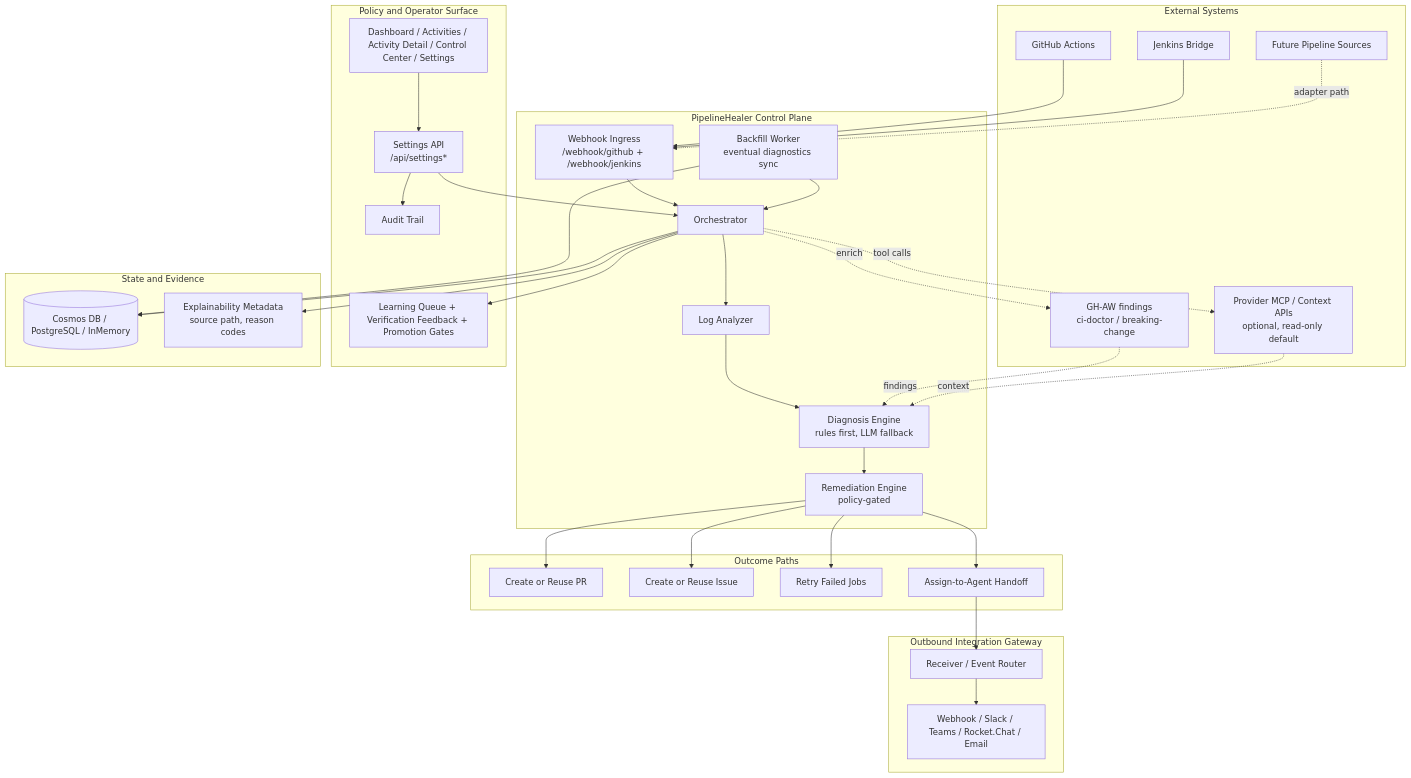
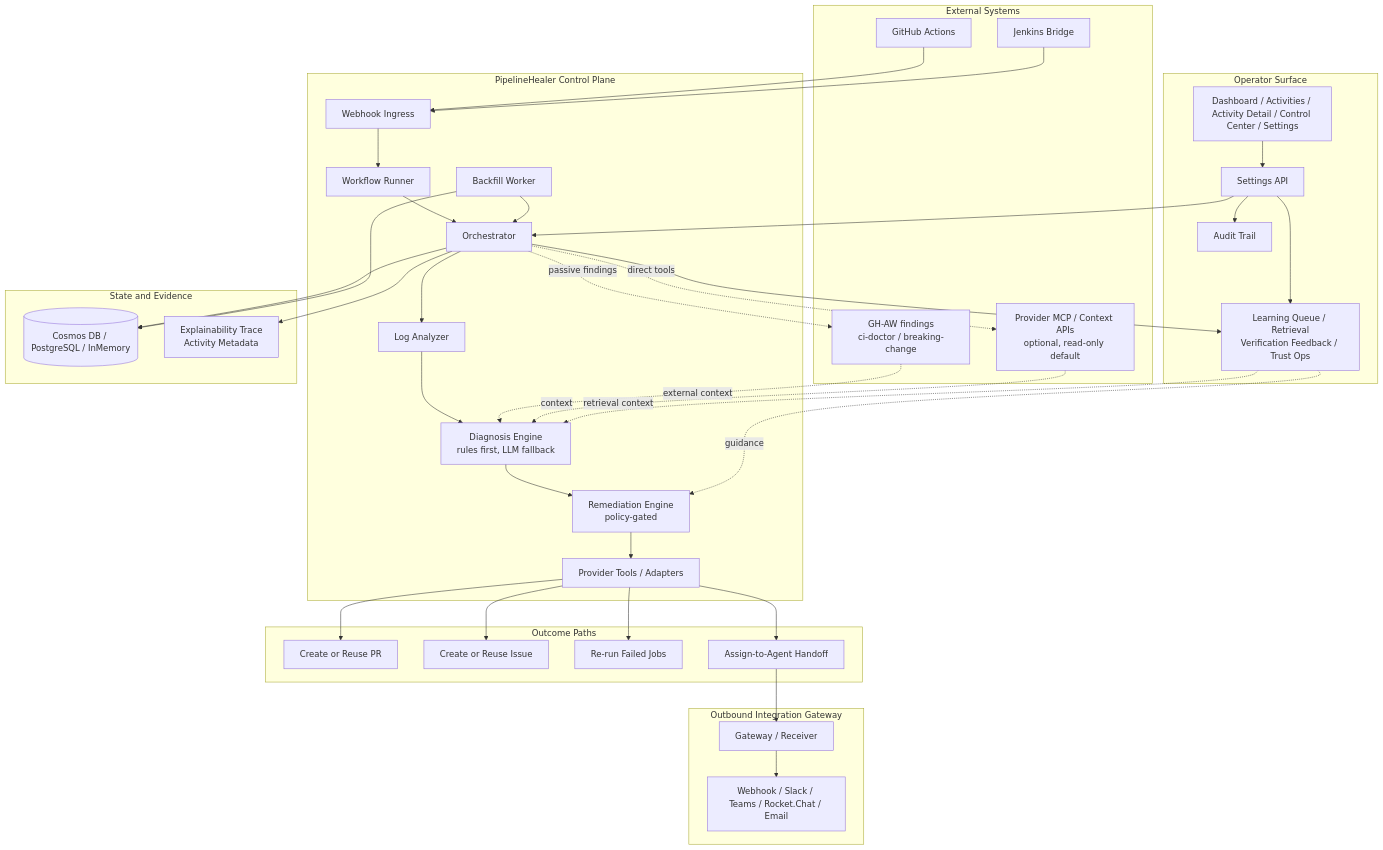
The first of 2 diagrams in README.md (Canepro/pipelinehealer), drawn with Mermaid before and after one commit. The commit also changed other lines of this file and 10 other files, not shown here.

Commit message:
docs: align README and architecture diagrams

````diff
--- a/README.md
+++ b/README.md
@@ -300,66 +201,68 @@
 ```mermaid
 flowchart TB
   subgraph EXT["External Systems"]
     GH["GitHub Actions"]
     JN["Jenkins Bridge"]
     GHAW["GH-AW findings<br/>ci-doctor / breaking-change"]
     MCP["Provider MCP / Context APIs<br/>optional, read-only default"]
-    OTH["Future Pipeline Sources"]
   end
 
   subgraph CTRL["PipelineHealer Control Plane"]
-    WH["Webhook Ingress<br/>/webhook/github + /webhook/jenkins"]
+    WH["Webhook Ingress"]
+    WF["Workflow Runner"]
     ORCH["Orchestrator"]
     ANA["Log Analyzer"]
     DIA["Diagnosis Engine<br/>rules first, LLM fallback"]
     REM["Remediation Engine<br/>policy-gated"]
-    BF["Backfill Worker<br/>eventual diagnostics sync"]
+    BF["Backfill Worker"]
+    GT["Provider Tools / Adapters"]
   end
 
-  subgraph GOV["Policy and Operator Surface"]
+  subgraph GOV["Operator Surface"]
     UI["Dashboard / Activities / Activity Detail / Control Center / Settings"]
-    API["Settings API<br/>/api/settings*"]
+    API["Settings API"]
     AUD["Audit Trail"]
-    LRN["Learning Queue + Verification Feedback + Promotion Gates"]
+    LRN["Learning Queue / Retrieval<br/>Verification Feedback / Trust Ops"]
   end
 
   subgraph DATA["State and Evidence"]
     DB[("Cosmos DB / PostgreSQL / InMemory")]
-    EXP["Explainability Metadata<br/>source path, reason codes"]
+    EXP["Explainability Trace<br/>Activity Metadata"]
   end
 
   subgraph OUT["Outcome Paths"]
     PR["Create or Reuse PR"]
     IS["Create or Reuse Issue"]
-    RR["Retry Failed Jobs"]
+    RR["Re-run Failed Jobs"]
     HO["Assign-to-Agent Handoff"]
   end
 
   subgraph GATE["Outbound Integration Gateway"]
-    RECV["Receiver / Event Router"]
-    SINK["Webhook / Slack / Teams / Rocket.Chat / Email"]
+    GW["Gateway / Receiver"]
+    NT["Webhook / Slack / Teams / Rocket.Chat / Email"]
   end
 
-  GH --> WH --> ORCH
+  GH --> WH --> WF --> ORCH
   JN --> WH
-  OTH -. adapter path .-> WH
   ORCH --> ANA --> DIA --> REM
-  REM --> PR
-  REM --> IS
-  REM --> RR
-  REM --> HO
-  HO --> RECV --> SINK
-
-  ORCH -. enrich .-> GHAW
-  GHAW -. findings .-> DIA
-  ORCH -. tool calls .-> MCP
+  ORCH -. passive findings .-> GHAW
+  GHAW -. external context .-> DIA
+  ORCH -. direct tools .-> MCP
   MCP -. context .-> DIA
-
+  REM --> GT
+  GT --> PR
+  GT --> IS
+  GT --> RR
+  GT --> HO
+  HO --> GW --> NT
+  ORCH --> DB
+  ORCH --> EXP
   UI --> API --> ORCH
+  API --> LRN
   API --> AUD
   ORCH --> LRN
+  LRN -. retrieval context .-> DIA
+  LRN -. guidance .-> REM
   BF --> ORCH
   BF --> DB
-  ORCH --> DB
-  ORCH --> EXP
 ```
````
